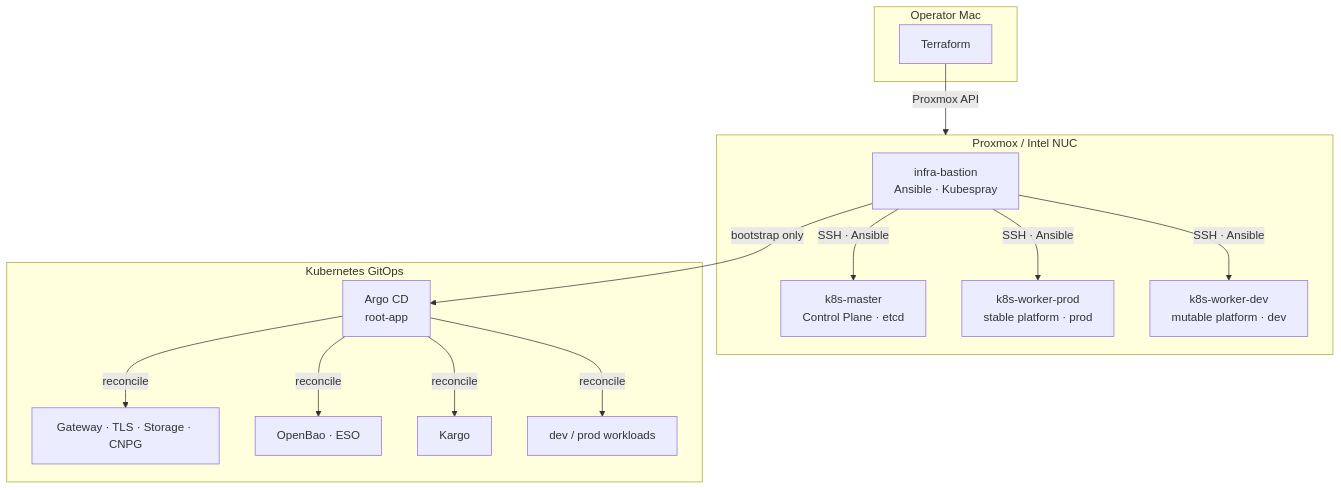
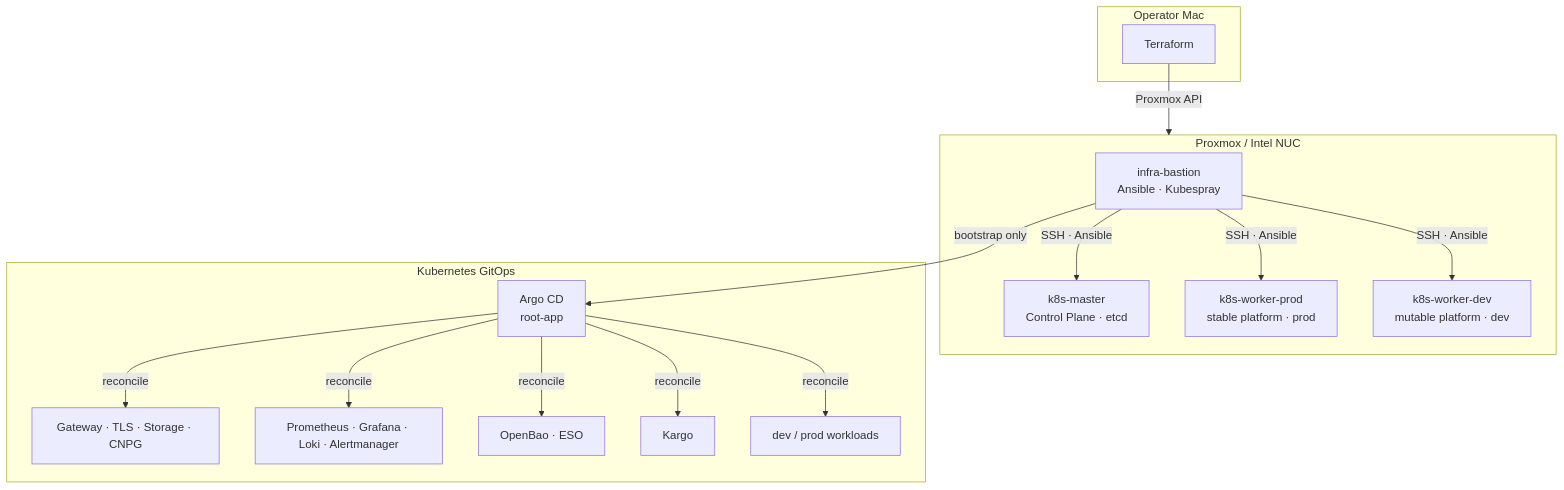
The first of 5 diagrams in README.md (hweyoung/homelab), drawn with Mermaid before and after one commit. The commit also changed other lines of this file and 52 other files, not shown here.

````diff
--- a/README.md
+++ b/README.md
@@ -37,26 +37,27 @@
 ```mermaid
 flowchart TB
     subgraph workstation["Operator Mac"]
         TF["Terraform"]
     end
 
     subgraph proxmox["Proxmox / Intel NUC"]
         B["infra-bastion<br/>Ansible · Kubespray"]
         CP["k8s-master<br/>Control Plane · etcd"]
         PROD["k8s-worker-prod<br/>stable platform · prod"]
         DEV["k8s-worker-dev<br/>mutable platform · dev"]
     end
 
     subgraph cluster["Kubernetes GitOps"]
         ARGO["Argo CD<br/>root-app"]
         PLATFORM["Gateway · TLS · Storage · CNPG"]
+        OBS["Prometheus · Grafana · Loki · Alertmanager"]
         SECRETS["OpenBao · ESO"]
         KARGO["Kargo"]
         APPS["dev / prod workloads"]
     end
 
     TF -->|"Proxmox API"| proxmox
     B -->|"SSH · Ansible"| CP & PROD & DEV
     B -->|"bootstrap only"| ARGO
-    ARGO -->|"reconcile"| PLATFORM & SECRETS & KARGO & APPS
+    ARGO -->|"reconcile"| PLATFORM & SECRETS & KARGO & OBS & APPS
 ```
````
